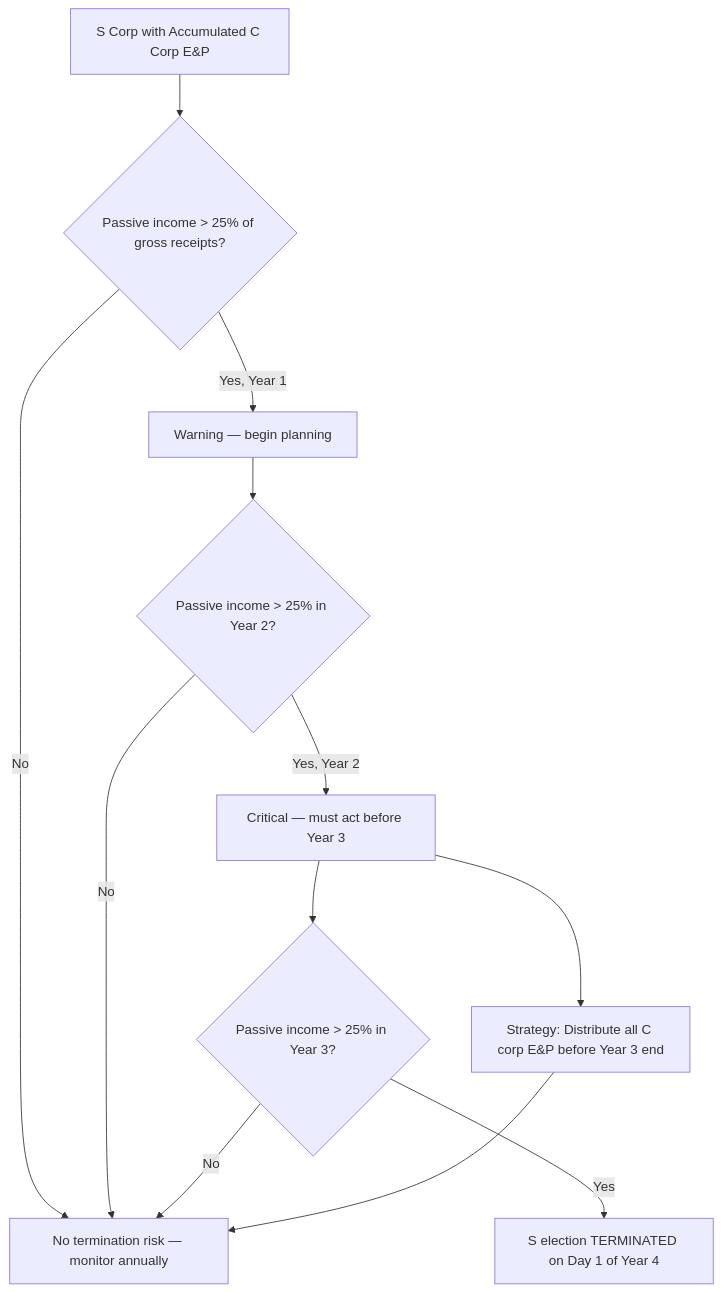
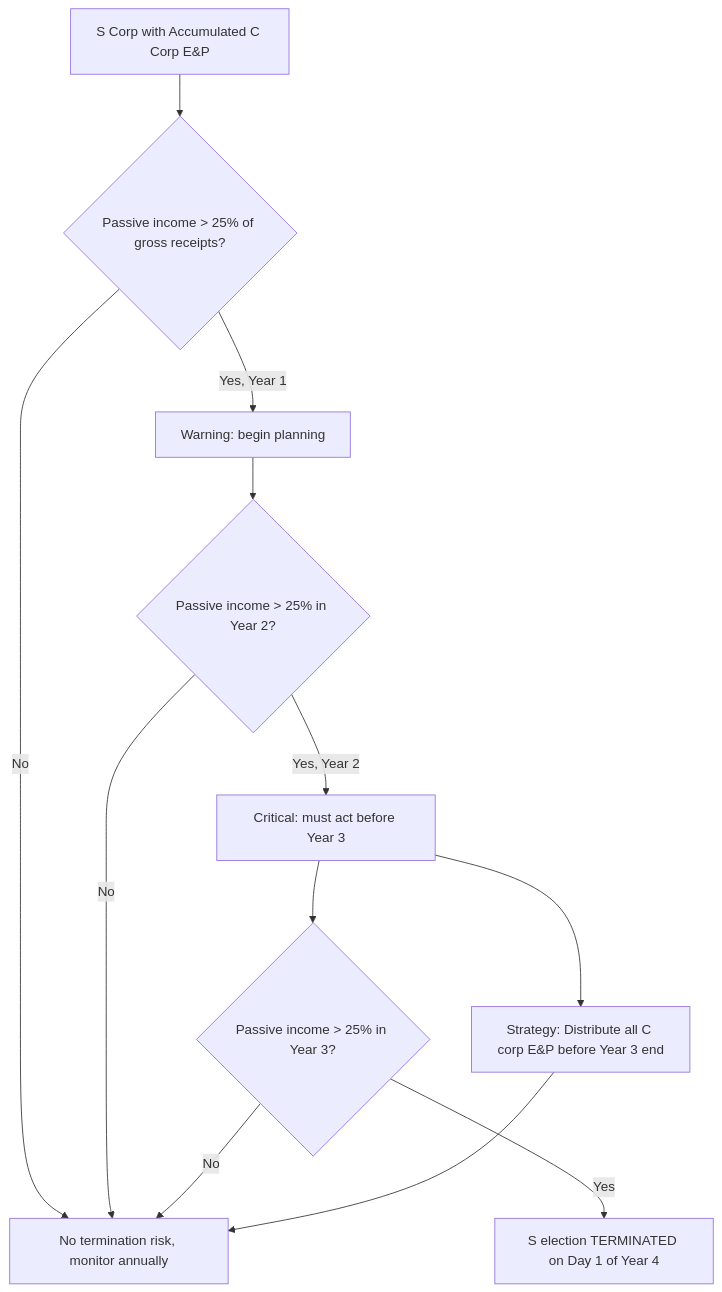
One commit to subwaymatch/cpabear-book changed the diagram in docs/tcp/entity-tax-planning/tax-planning-for-s-corporations.md. Above: the diagram before and after it, drawn with Mermaid. The commit also changed other lines of this file and 222 other files, not shown here.

````diff
--- a/docs/tcp/entity-tax-planning/tax-planning-for-s-corporations.md
+++ b/docs/tcp/entity-tax-planning/tax-planning-for-s-corporations.md
@@ -113,14 +113,14 @@
 ```mermaid
 flowchart TD
     A["S Corp with Accumulated C Corp E&P"] --> B{"Passive income > 25% of gross receipts?"}
-    B -->|"No"| C["No termination risk — monitor annually"]
-    B -->|"Yes, Year 1"| D["Warning — begin planning"]
+    B -->|"No"| C["No termination risk, monitor annually"]
+    B -->|"Yes, Year 1"| D["Warning: begin planning"]
     D --> E{"Passive income > 25% in Year 2?"}
     E -->|"No"| C
-    E -->|"Yes, Year 2"| F["Critical — must act before Year 3"]
+    E -->|"Yes, Year 2"| F["Critical: must act before Year 3"]
     F --> G{"Passive income > 25% in Year 3?"}
     G -->|"Yes"| H["S election TERMINATED on Day 1 of Year 4"]
     G -->|"No"| C
     F --> I["Strategy: Distribute all C corp E&P before Year 3 end"]
     I --> C
 ```
````
